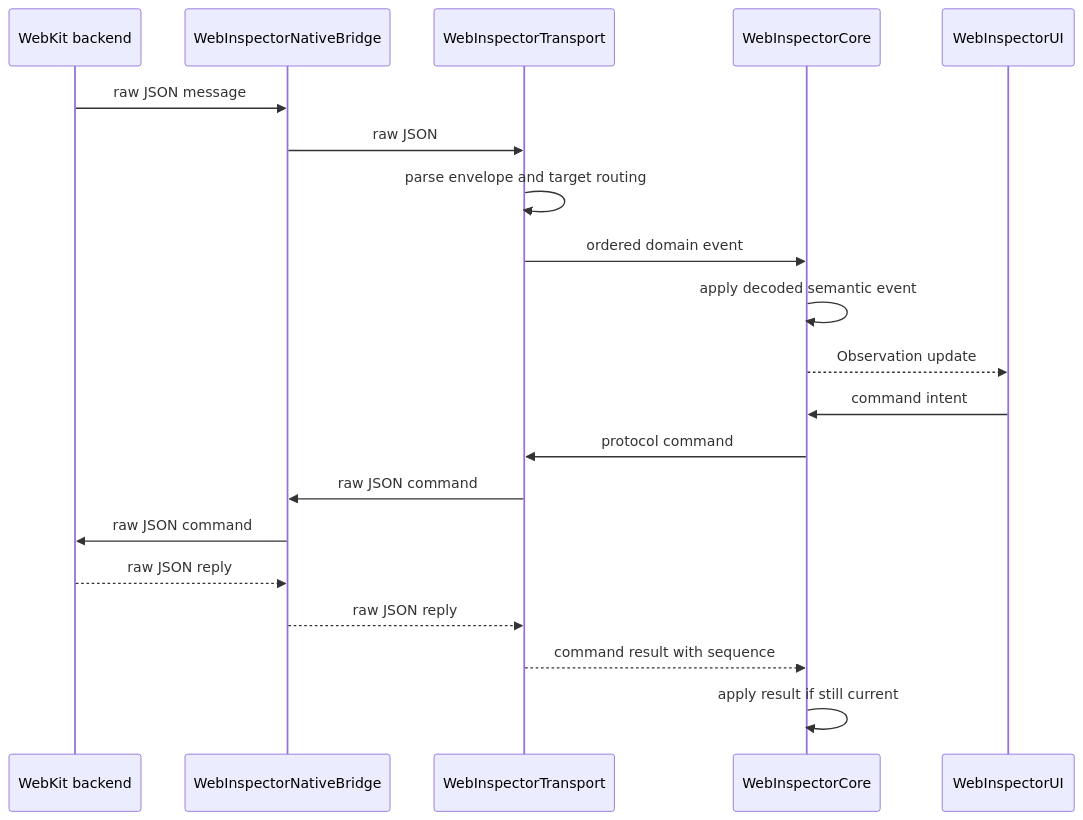
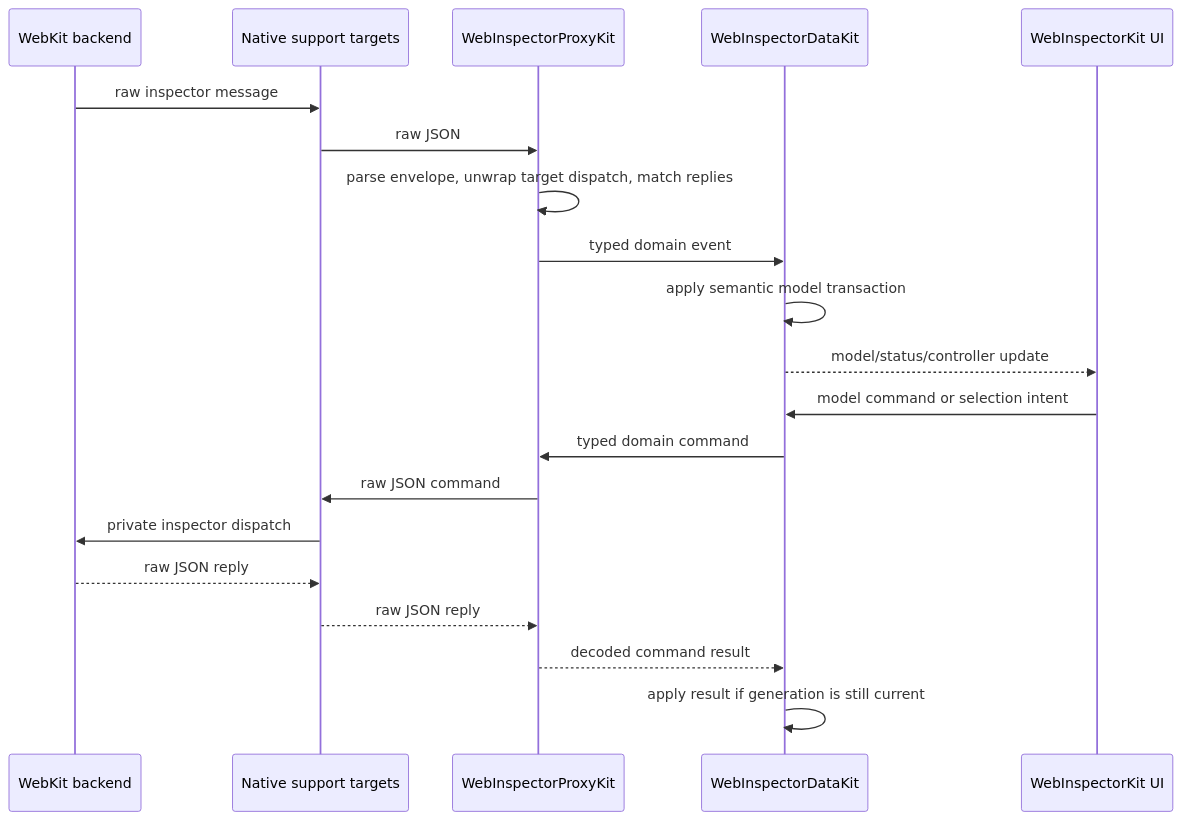
The second of 3 diagrams in Docs/ArchitectureOverview.md (lynnswap/WebInspectorKit), drawn with Mermaid before and after one commit. The commit also changed other lines of this file and 11 other files, not shown here.

````diff
--- a/Docs/ArchitectureOverview.md
+++ b/Docs/ArchitectureOverview.md
@@ -69,24 +68,24 @@
 ```mermaid
 sequenceDiagram
     participant WK as WebKit backend
-    participant Bridge as WebInspectorNativeBridge
-    participant Transport as WebInspectorTransport
-    participant Core as WebInspectorCore
-    participant UI as WebInspectorUI
+    participant Bridge as Native support targets
+    participant Proxy as WebInspectorProxyKit
+    participant Data as WebInspectorDataKit
+    participant UI as WebInspectorKit UI
 
-    WK->>Bridge: raw JSON message
-    Bridge->>Transport: raw JSON
-    Transport->>Transport: parse envelope and target routing
-    Transport->>Core: ordered domain event
-    Core->>Core: apply decoded semantic event
-    Core-->>UI: Observation update
+    WK->>Bridge: raw inspector message
+    Bridge->>Proxy: raw JSON
+    Proxy->>Proxy: parse envelope, unwrap target dispatch, match replies
+    Proxy->>Data: typed domain event
+    Data->>Data: apply semantic model transaction
+    Data-->>UI: model/status/controller update
 
-    UI->>Core: command intent
-    Core->>Transport: protocol command
-    Transport->>Bridge: raw JSON command
-    Bridge->>WK: raw JSON command
+    UI->>Data: model command or selection intent
+    Data->>Proxy: typed domain command
+    Proxy->>Bridge: raw JSON command
+    Bridge->>WK: private inspector dispatch
     WK-->>Bridge: raw JSON reply
-    Bridge-->>Transport: raw JSON reply
-    Transport-->>Core: command result with sequence
-    Core->>Core: apply result if still current
+    Bridge-->>Proxy: raw JSON reply
+    Proxy-->>Data: decoded command result
+    Data->>Data: apply result if generation is still current
 ```
````
